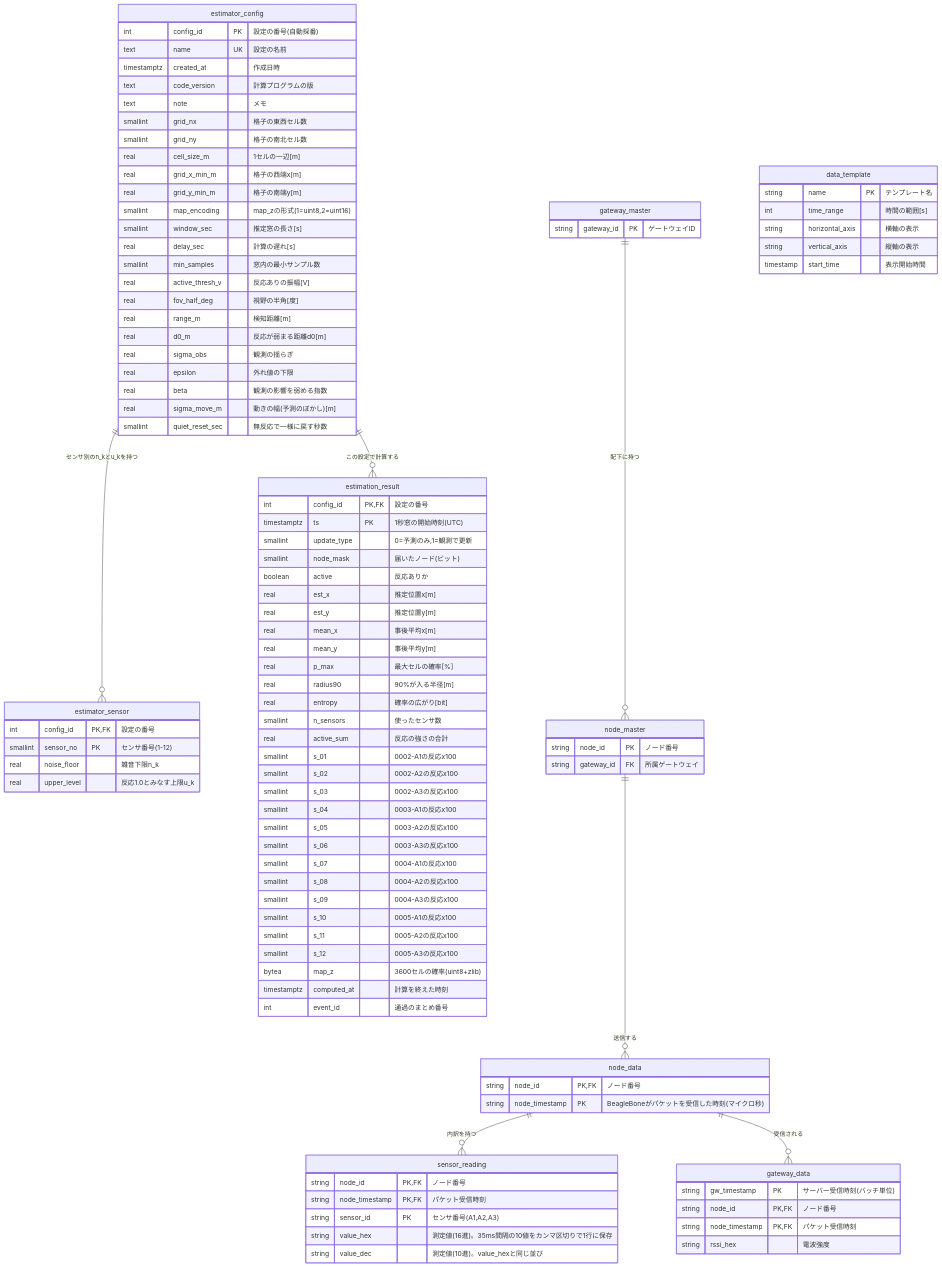
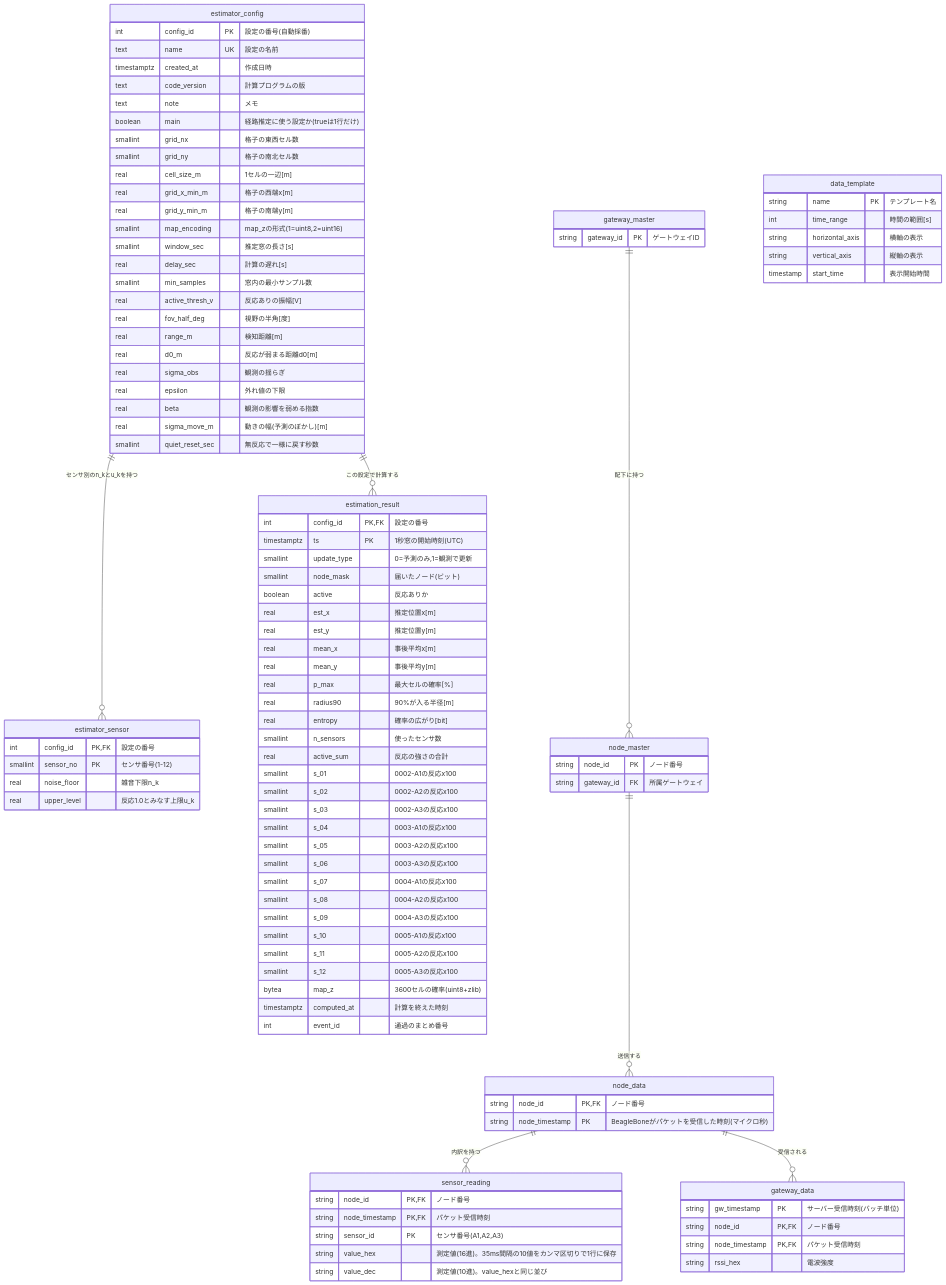
The diagram in UML/ER_diagram.md (ShouSawa/AnimalMiru), drawn with Mermaid before and after one commit. The commit also changed 10 other files, not shown here.

```diff
--- a/UML/ER_diagram.md
+++ b/UML/ER_diagram.md
@@ -6,6 +6,7 @@
     timestamptz created_at "作成日時"
     text code_version "計算プログラムの版"
     text note "メモ"
+    boolean main "経路推定に使う設定か(trueは1行だけ)"
     smallint grid_nx "格子の東西セル数"
     smallint grid_ny "格子の南北セル数"
     real cell_size_m "1セルの一辺[m]"
```
